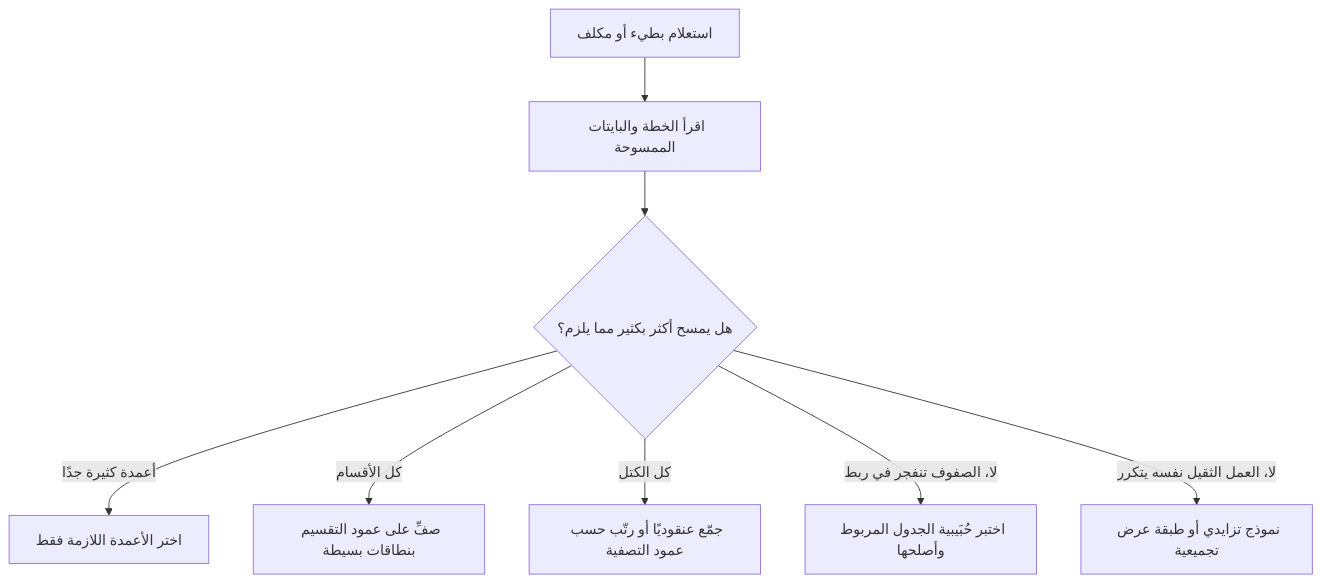
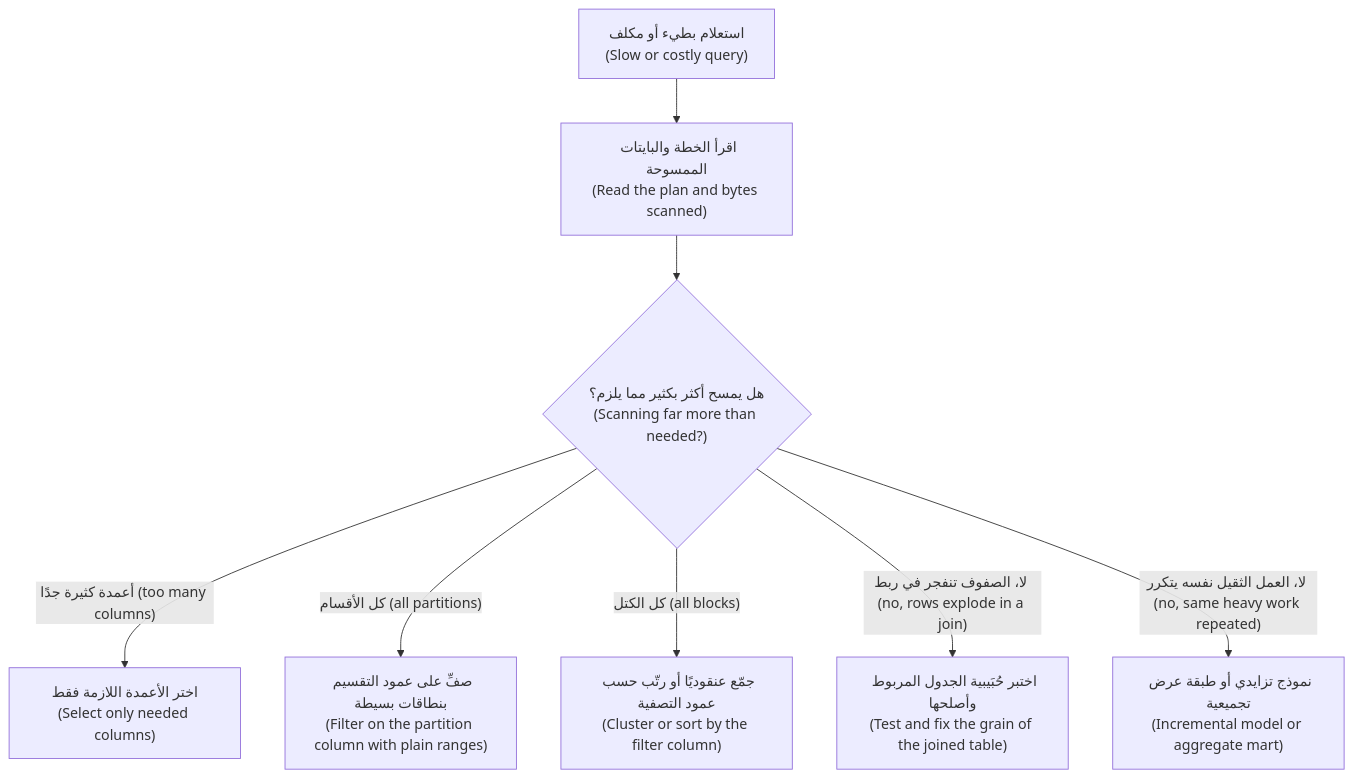
The third of 3 diagrams in data/modules/03-transform-quality.ar.md (Tamoura/system-design-for-vibe-coders), drawn with Mermaid before and after one commit. The commit also changed other lines of this file and 20 other files, not shown here.

First line of the commit message:
New courses: Arabic diagrams read right-to-left with English labels (modules 0–6)

````diff
--- a/data/modules/03-transform-quality.ar.md
+++ b/data/modules/03-transform-quality.ar.md
@@ -832,10 +832,10 @@
 ```mermaid
 flowchart TD
-    Q["استعلام بطيء أو مكلف"] --> P["اقرأ الخطة والبايتات الممسوحة"]
-    P --> C{"هل يمسح أكثر بكثير مما يلزم؟"}
-    C -->|"أعمدة كثيرة جدًا"| F1["اختر الأعمدة اللازمة فقط"]
-    C -->|"كل الأقسام"| F2["صفِّ على عمود التقسيم بنطاقات بسيطة"]
-    C -->|"كل الكتل"| F3["جمّع عنقوديًا أو رتّب حسب عمود التصفية"]
-    C -->|"لا، الصفوف تنفجر في ربط"| F4["اختبر حُبَيبية الجدول المربوط وأصلحها"]
-    C -->|"لا، العمل الثقيل نفسه يتكرر"| F5["نموذج تزايدي أو طبقة عرض تجميعية"]
+    Q["استعلام بطيء أو مكلف<br/>(Slow or costly query)"] --> P["اقرأ الخطة والبايتات الممسوحة<br/>(Read the plan and bytes scanned)"]
+    P --> C{"هل يمسح أكثر بكثير مما يلزم؟<br/>(Scanning far more than needed?)"}
+    C -->|"أعمدة كثيرة جدًا (too many columns)"| F1["اختر الأعمدة اللازمة فقط<br/>(Select only needed columns)"]
+    C -->|"كل الأقسام (all partitions)"| F2["صفِّ على عمود التقسيم بنطاقات بسيطة<br/>(Filter on the partition column with plain ranges)"]
+    C -->|"كل الكتل (all blocks)"| F3["جمّع عنقوديًا أو رتّب حسب عمود التصفية<br/>(Cluster or sort by the filter column)"]
+    C -->|"لا، الصفوف تنفجر في ربط (no, rows explode in a join)"| F4["اختبر حُبَيبية الجدول المربوط وأصلحها<br/>(Test and fix the grain of the joined table)"]
+    C -->|"لا، العمل الثقيل نفسه يتكرر (no, same heavy work repeated)"| F5["نموذج تزايدي أو طبقة عرض تجميعية<br/>(Incremental model or aggregate mart)"]
 ```
````
